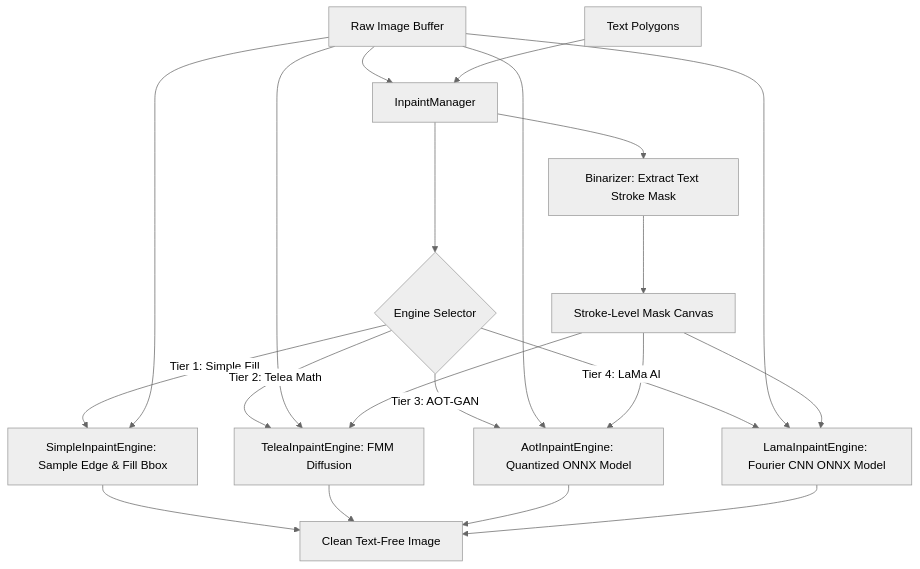
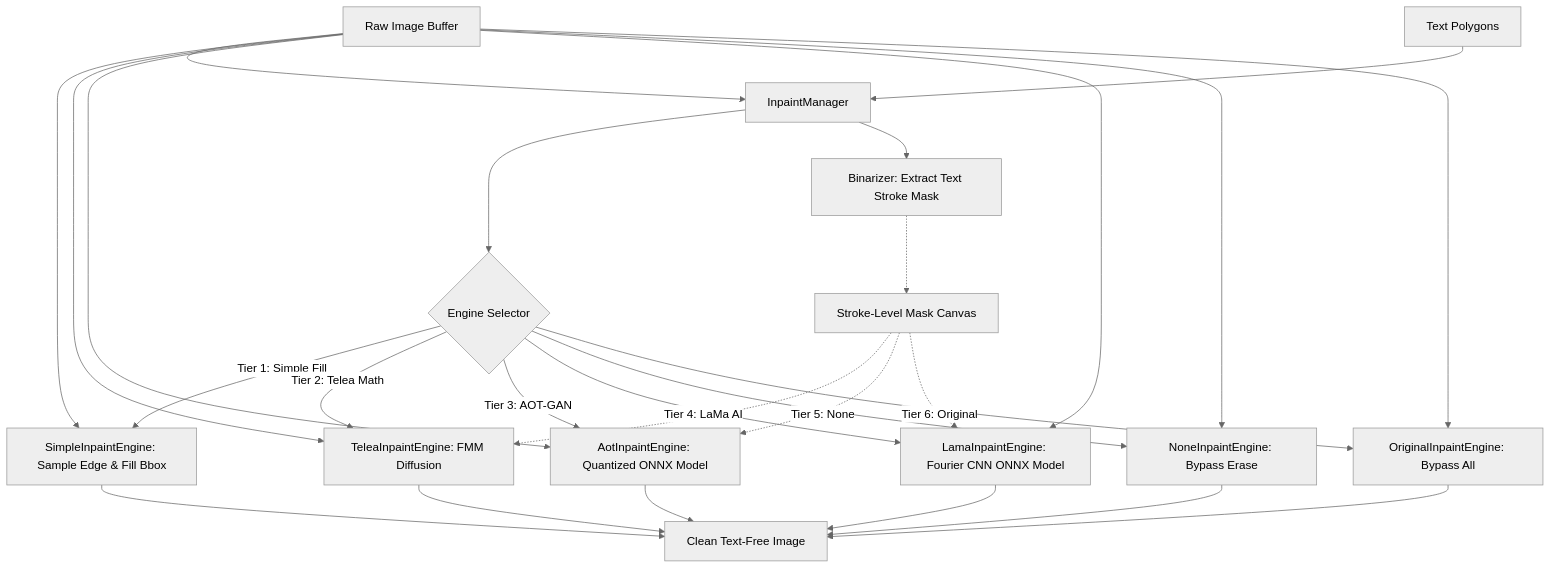
The diagram in docs/fullplan.md (Unheat/Kites), drawn with Mermaid (neutral theme) before and after one commit. The commit also changed other lines of this file and 8 other files, not shown here.

````diff
--- a/docs/fullplan.md
+++ b/docs/fullplan.md
@@ -114,30 +114,38 @@
 ```mermaid
 graph TD
     ImageBuffer[Raw Image Buffer] --> InpaintManager
     Polygons[Text Polygons] --> InpaintManager
-    InpaintManager --> Binarizer[Binarizer: Extract Text Stroke Mask]
-    Binarizer --> StrokeMask[Stroke-Level Mask Canvas]
     
     InpaintManager --> EngineRouter{Engine Selector}
     
     EngineRouter -- Tier 1: Simple Fill --> SimpleEngine[SimpleInpaintEngine: Sample Edge & Fill Bbox]
     EngineRouter -- Tier 2: Telea Math --> TeleaEngine[TeleaInpaintEngine: FMM Diffusion]
     EngineRouter -- Tier 3: AOT-GAN --> AotEngine[AotInpaintEngine: Quantized ONNX Model]
     EngineRouter -- Tier 4: LaMa AI --> LamaEngine[LamaInpaintEngine: Fourier CNN ONNX Model]
+    EngineRouter -- Tier 5: None --> NoneEngine[NoneInpaintEngine: Bypass Erase]
+    EngineRouter -- Tier 6: Original --> OriginalEngine[OriginalInpaintEngine: Bypass All]
+    
+    InpaintManager --> Binarizer[Binarizer: Extract Text Stroke Mask]
+    Binarizer -.-> StrokeMask[Stroke-Level Mask Canvas]
     
     ImageBuffer --> SimpleEngine
     
     ImageBuffer --> TeleaEngine
-    StrokeMask --> TeleaEngine
+    StrokeMask -.-> TeleaEngine
     
     ImageBuffer --> AotEngine
-    StrokeMask --> AotEngine
+    StrokeMask -.-> AotEngine
     
     ImageBuffer --> LamaEngine
-    StrokeMask --> LamaEngine
+    StrokeMask -.-> LamaEngine
+    
+    ImageBuffer --> NoneEngine
+    ImageBuffer --> OriginalEngine
     
     SimpleEngine --> CleanBuffer[Clean Text-Free Image]
     TeleaEngine --> CleanBuffer
     AotEngine --> CleanBuffer
     LamaEngine --> CleanBuffer
+    NoneEngine --> CleanBuffer
+    OriginalEngine --> CleanBuffer
 ```
````
